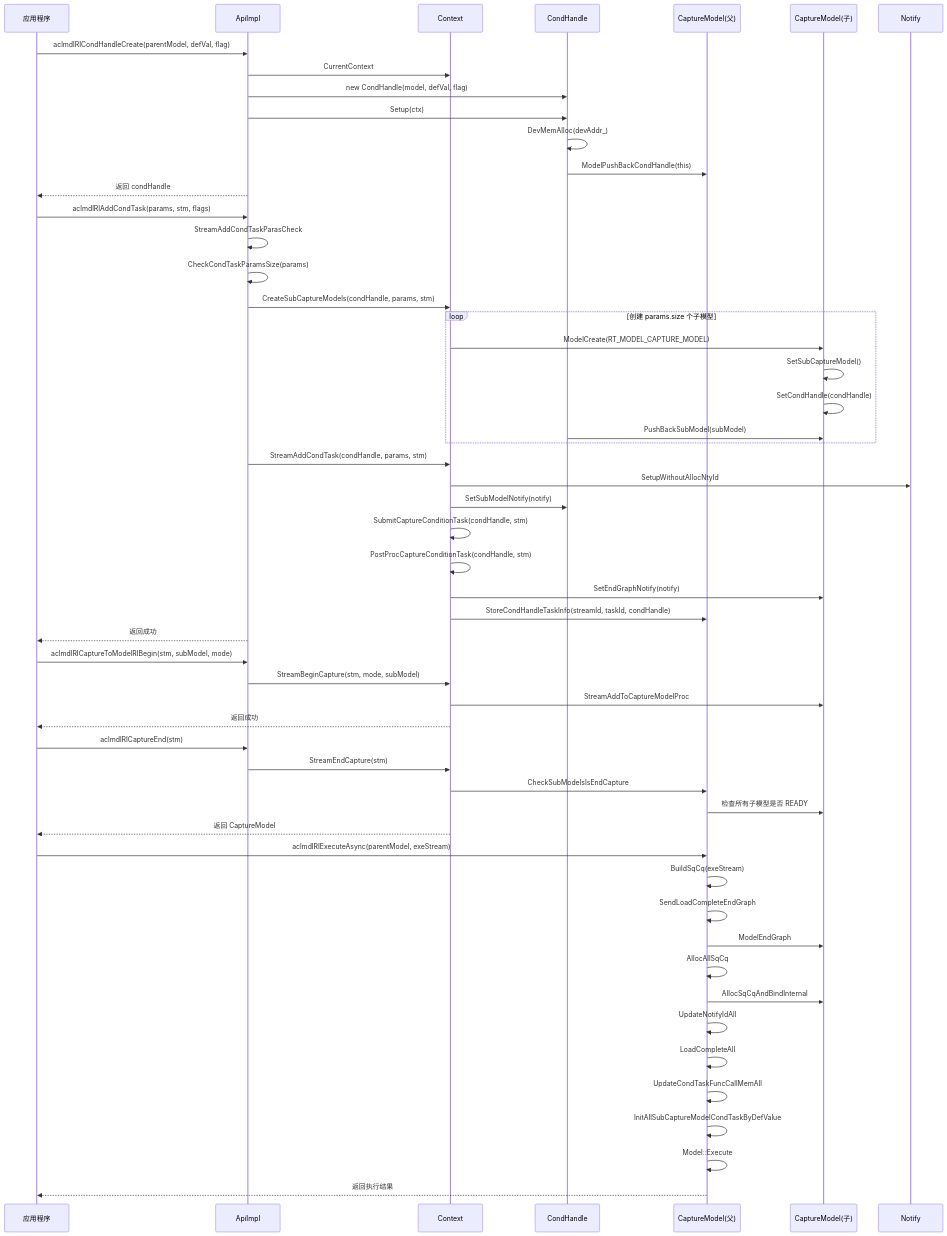
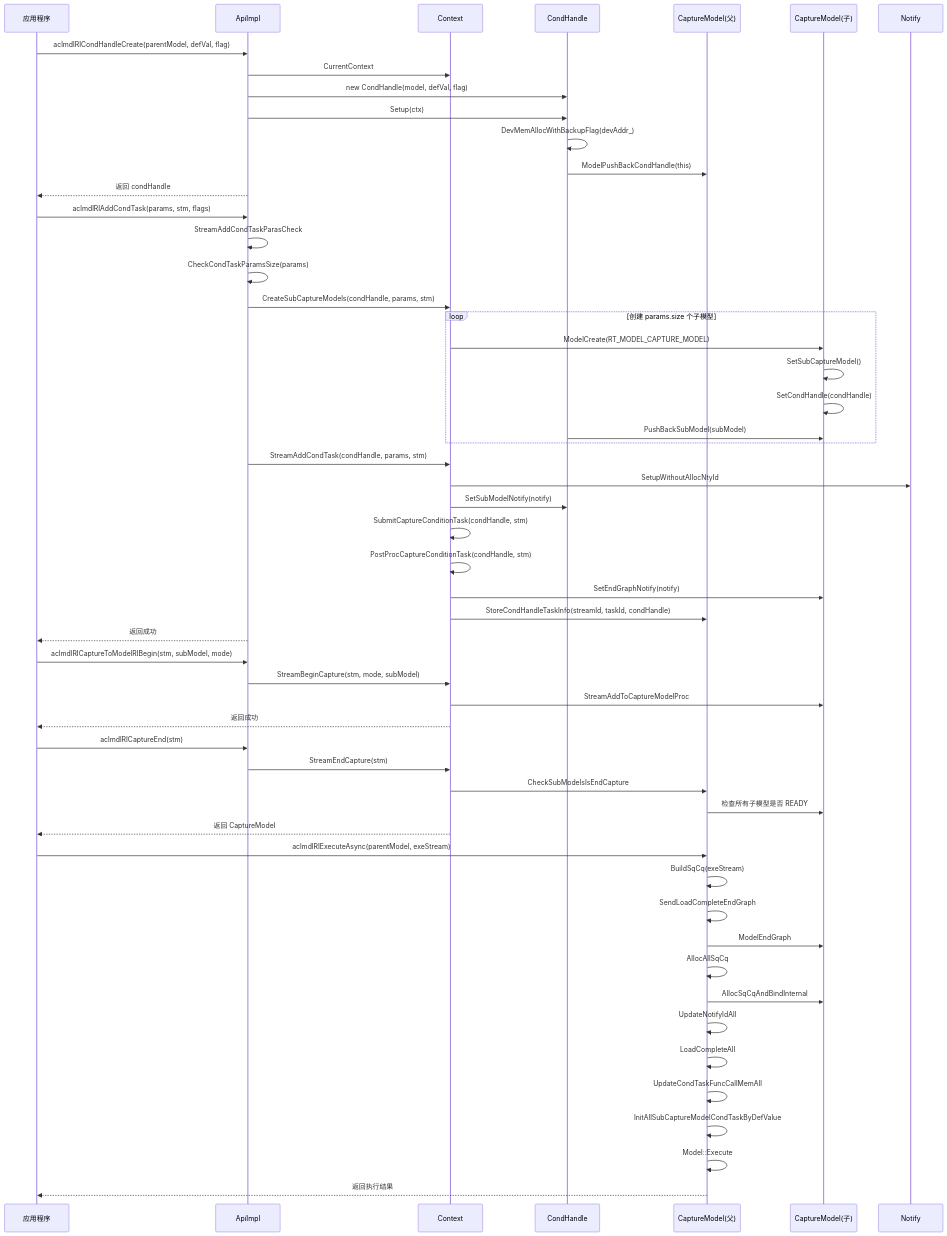
The third of 15 diagrams in docs/zh/design/features/aclgraph.md (hicann/runtime), drawn with Mermaid before and after one commit. The commit also changed other lines of this file and 101 other files, not shown here.

````diff
--- a/docs/zh/design/features/aclgraph.md
+++ b/docs/zh/design/features/aclgraph.md
@@ -311,61 +311,61 @@
 ```mermaid
 sequenceDiagram
     participant App as 应用程序
     participant Api as ApiImpl
     participant Context as Context
     participant CondHandle as CondHandle
     participant CaptureModel as CaptureModel(父)
     participant SubModel as CaptureModel(子)
     participant Notify as Notify
 
     App->>Api: aclmdlRICondHandleCreate(parentModel, defVal, flag)
     Api->>Context: CurrentContext
     Api->>CondHandle: new CondHandle(model, defVal, flag)
     Api->>CondHandle: Setup(ctx)
-    CondHandle->>CondHandle: DevMemAlloc(devAddr_)
+    CondHandle->>CondHandle: DevMemAllocWithBackupFlag(devAddr_)
     CondHandle->>CaptureModel: ModelPushBackCondHandle(this)
     Api-->>App: 返回 condHandle
 
     App->>Api: aclmdlRIAddCondTask(params, stm, flags)
     Api->>Api: StreamAddCondTaskParasCheck
     Api->>Api: CheckCondTaskParamsSize(params)
     Api->>Context: CreateSubCaptureModels(condHandle, params, stm)
     loop 创建 params.size 个子模型
         Context->>SubModel: ModelCreate(RT_MODEL_CAPTURE_MODEL)
         SubModel->>SubModel: SetSubCaptureModel()
         SubModel->>SubModel: SetCondHandle(condHandle)
         CondHandle->>SubModel: PushBackSubModel(subModel)
     end
     Api->>Context: StreamAddCondTask(condHandle, params, stm)
     Context->>Notify: SetupWithoutAllocNtyId
     Context->>CondHandle: SetSubModelNotify(notify)
     Context->>Context: SubmitCaptureConditionTask(condHandle, stm)
     Context->>Context: PostProcCaptureConditionTask(condHandle, stm)
     Context->>SubModel: SetEndGraphNotify(notify)
     Context->>CaptureModel: StoreCondHandleTaskInfo(streamId, taskId, condHandle)
     Api-->>App: 返回成功
 
     App->>Api: aclmdlRICaptureToModelRIBegin(stm, subModel, mode)
     Api->>Context: StreamBeginCapture(stm, mode, subModel)
     Context->>SubModel: StreamAddToCaptureModelProc
     Context-->>App: 返回成功
 
     App->>Api: aclmdlRICaptureEnd(stm)
     Api->>Context: StreamEndCapture(stm)
     Context->>CaptureModel: CheckSubModelsIsEndCapture
     CaptureModel->>SubModel: 检查所有子模型是否 READY
     Context-->>App: 返回 CaptureModel
 
     App->>CaptureModel: aclmdlRIExecuteAsync(parentModel, exeStream)
     CaptureModel->>CaptureModel: BuildSqCq(exeStream)
     CaptureModel->>CaptureModel: SendLoadCompleteEndGraph
     CaptureModel->>SubModel: ModelEndGraph
     CaptureModel->>CaptureModel: AllocAllSqCq
     CaptureModel->>SubModel: AllocSqCqAndBindInternal
     CaptureModel->>CaptureModel: UpdateNotifyIdAll
     CaptureModel->>CaptureModel: LoadCompleteAll
     CaptureModel->>CaptureModel: UpdateCondTaskFuncCallMemAll
     CaptureModel->>CaptureModel: InitAllSubCaptureModelCondTaskByDefValue
     CaptureModel->>CaptureModel: Model::Execute
     CaptureModel-->>App: 返回执行结果
 ```
````
